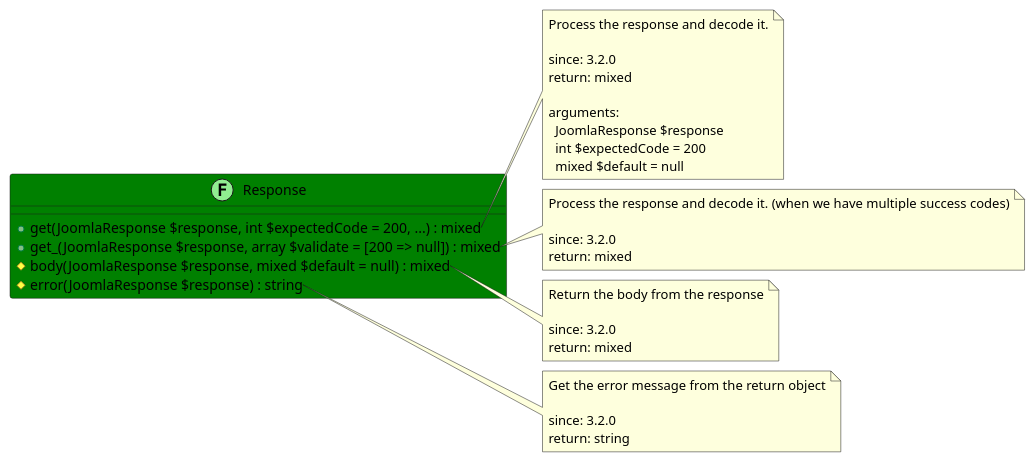
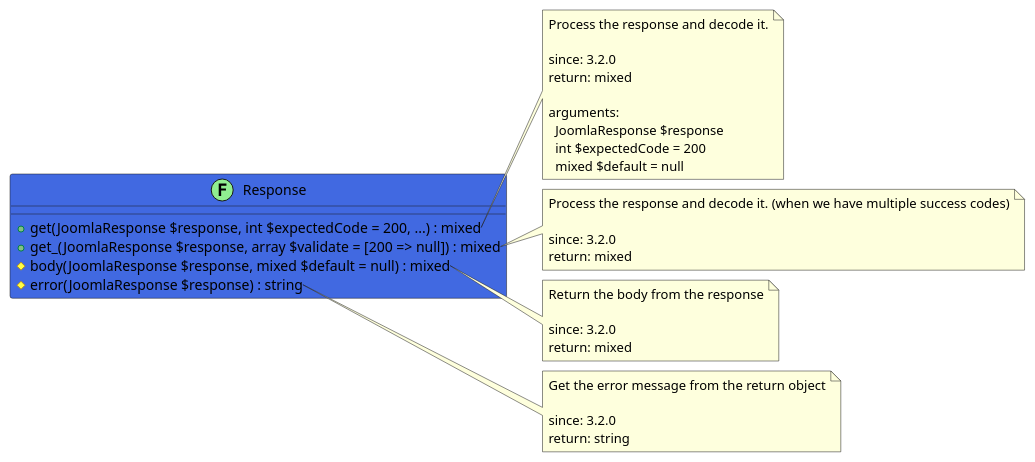
The diagram in src/19eb68d7-1e19-4d14-a0ef-70d719c45e80/README.md (joomengine/gitea), drawn with PlantUML before and after one commit. The commit also changed 119 other files, not shown here.

````diff
--- a/src/19eb68d7-1e19-4d14-a0ef-70d719c45e80/README.md
+++ b/src/19eb68d7-1e19-4d14-a0ef-70d719c45e80/README.md
@@ -11,44 +11,44 @@
 ```uml
 @startuml
-class Response << (F,LightGreen) >> #Green {
+class Response << (F,LightGreen) >> #RoyalBlue {
   + get(JoomlaResponse $response, int $expectedCode = 200, ...) : mixed
   + get_(JoomlaResponse $response, array $validate = [200 => null]) : mixed
   # body(JoomlaResponse $response, mixed $default = null) : mixed
   # error(JoomlaResponse $response) : string
 }
 
 note right of Response::get
   Process the response and decode it.
 
   since: 3.2.0
   return: mixed
   
   arguments:
     JoomlaResponse $response
     int $expectedCode = 200
     mixed $default = null
 end note
 
 note right of Response::get_
   Process the response and decode it. (when we have multiple success codes)
 
   since: 3.2.0
   return: mixed
 end note
 
 note right of Response::body
   Return the body from the response
 
   since: 3.2.0
   return: mixed
 end note
 
 note right of Response::error
   Get the error message from the return object
 
   since: 3.2.0
   return: string
 end note
  
 @enduml
 ```
````
